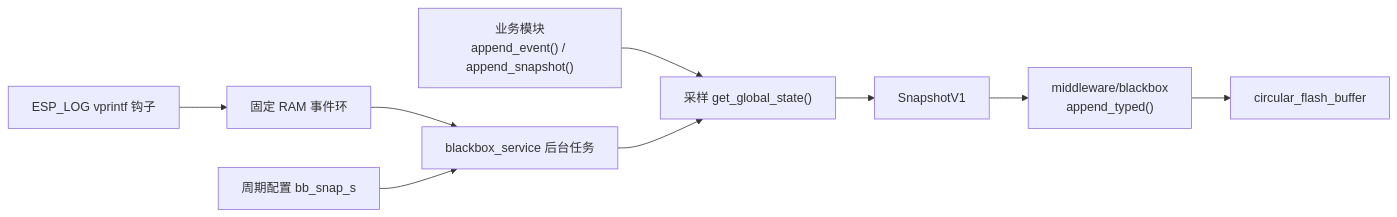
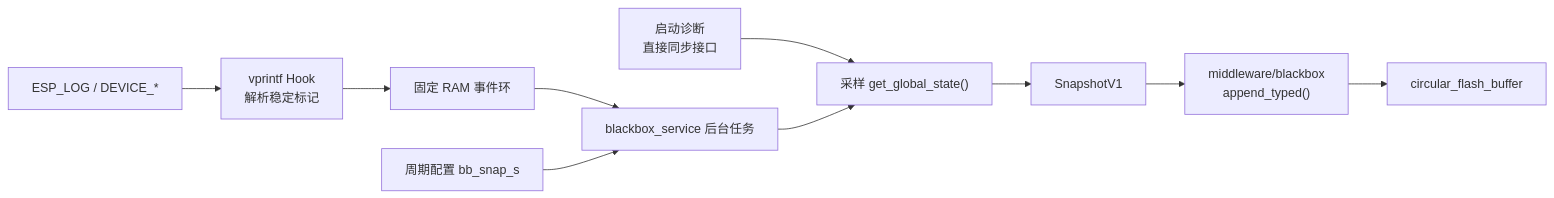
One commit to qingmeijiupiao/Wireless_power_meter_lite changed the diagram in components/app/blackbox_service/README.md. Above: the diagram before and after it, drawn with Mermaid. The commit also changed other lines of this file and 54 other files, not shown here.

````diff
--- a/components/app/blackbox_service/README.md
+++ b/components/app/blackbox_service/README.md
@@ -30,11 +32,12 @@
 ```mermaid
 flowchart LR
-    Log["ESP_LOG vprintf 钩子"] --> Ring["固定 RAM 事件环"]
+    Log["ESP_LOG / DEVICE_*"] --> Hook["vprintf Hook<br/>解析稳定标记"]
+    Hook --> Ring["固定 RAM 事件环"]
     Ring --> Worker["blackbox_service 后台任务"]
     Timer["周期配置 bb_snap_s"] --> Worker
-    App["业务模块<br/>append_event() / append_snapshot()"] --> Snapshot
+    Boot["启动诊断<br/>直接同步接口"] --> Snapshot
     Worker --> Snapshot["采样 get_global_state()"]
     Snapshot --> Payload["SnapshotV1"]
     Payload --> MW["middleware/blackbox<br/>append_typed()"]
     MW --> Flash["circular_flash_buffer"]
 ```
````
